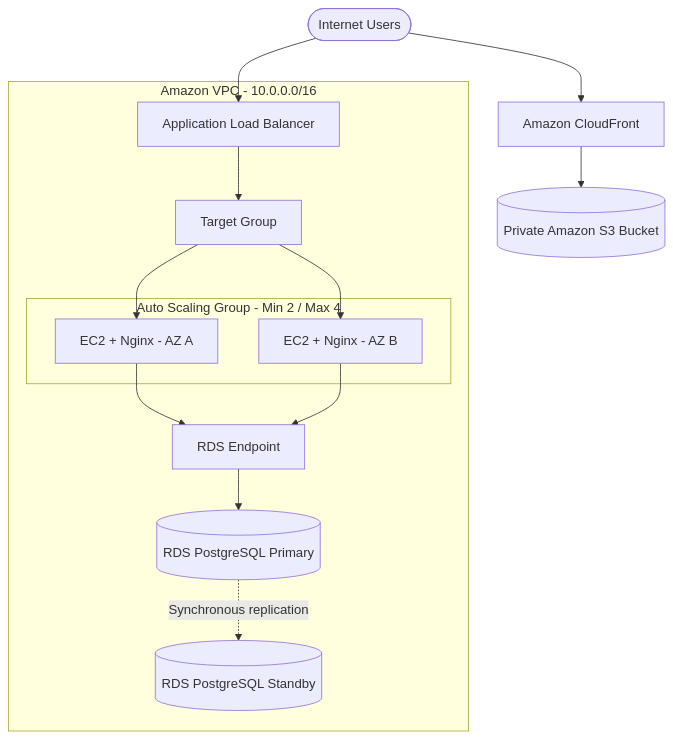
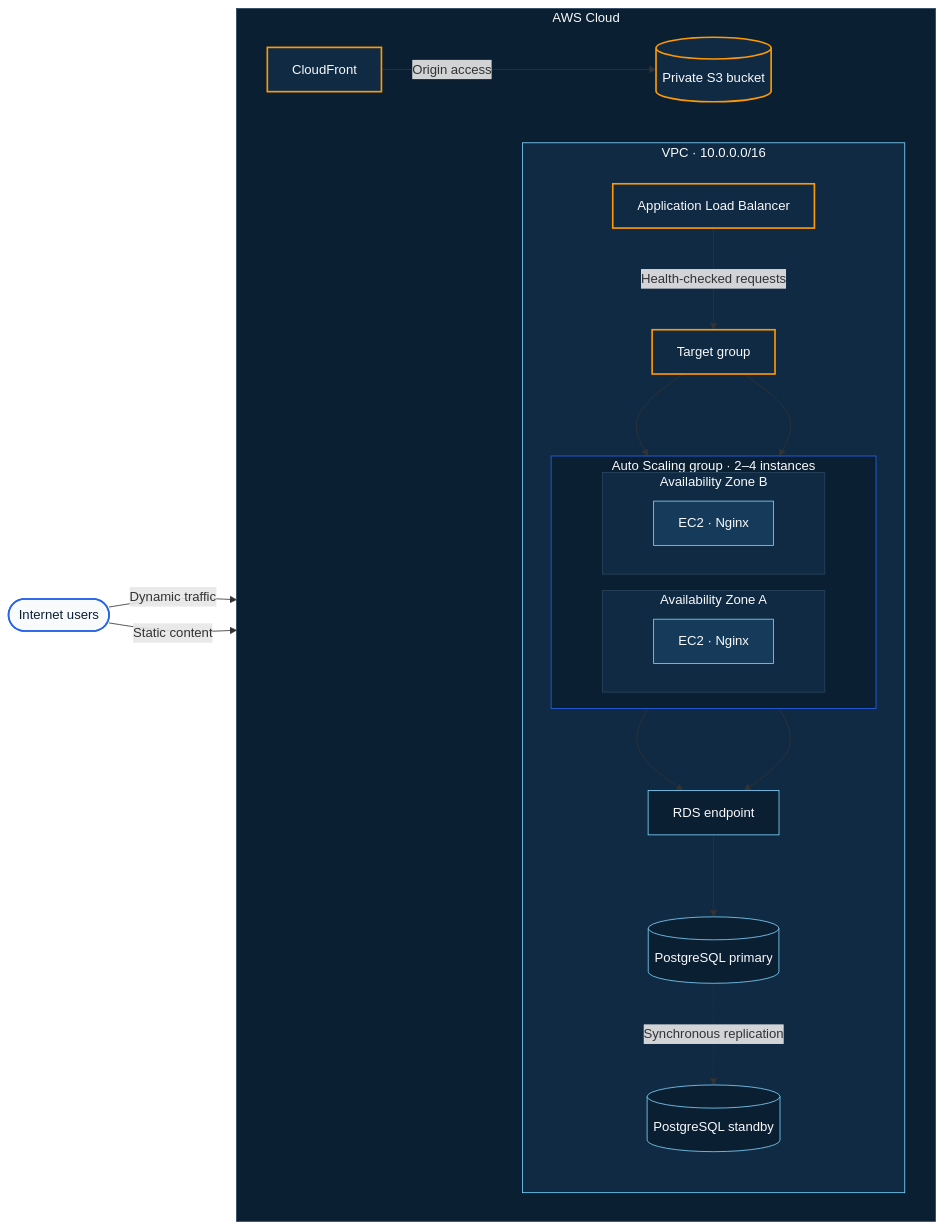
One commit to Agu-nwa/Agu-nwa changed the first of 3 diagrams in README.md. Above: the diagram before and after it, drawn with Mermaid. The commit also changed other lines of this file, not shown here.

Commit message:
Improve portfolio project diagrams

````diff
--- a/README.md
+++ b/README.md
@@ -34,19 +34,54 @@
 ```mermaid
-flowchart TB
-    Users([Internet Users]) --> ALB[Application Load Balancer]
-    Users --> CF[Amazon CloudFront]
-    CF --> S3[(Private Amazon S3 Bucket)]
-    subgraph VPC[Amazon VPC - 10.0.0.0/16]
-        ALB --> TG[Target Group]
-        subgraph ASG[Auto Scaling Group - Min 2 / Max 4]
-            EC2A[EC2 + Nginx - AZ A]
-            EC2B[EC2 + Nginx - AZ B]
+flowchart LR
+    Users([Internet users])
+
+    subgraph AWS["AWS Cloud"]
+        direction LR
+        CF[CloudFront]
+        S3[(Private S3 bucket)]
+
+        subgraph VPC["VPC · 10.0.0.0/16"]
+            direction TB
+            ALB[Application Load Balancer]
+            TG[Target group]
+
+            subgraph ASG["Auto Scaling group · 2–4 instances"]
+                direction LR
+                subgraph AZA["Availability Zone A"]
+                    EC2A[EC2 · Nginx]
+                end
+                subgraph AZB["Availability Zone B"]
+                    EC2B[EC2 · Nginx]
+                end
+            end
+
+            Endpoint[RDS endpoint]
+            Primary[(PostgreSQL primary)]
+            Standby[(PostgreSQL standby)]
         end
-        TG --> EC2A
-        TG --> EC2B
-        EC2A --> Endpoint[RDS Endpoint]
-        EC2B --> Endpoint
-        Endpoint --> Primary[(RDS PostgreSQL Primary)]
-        Primary -. Synchronous replication .-> Standby[(RDS PostgreSQL Standby)]
     end
+
+    Users -->|Dynamic traffic| ALB
+    ALB -->|Health-checked requests| TG
+    TG --> EC2A & EC2B
+    EC2A & EC2B --> Endpoint
+    Endpoint --> Primary
+    Primary -. Synchronous replication .-> Standby
+
+    Users -->|Static content| CF
+    CF -->|Origin access| S3
+
+    classDef external fill:#f8fafc,stroke:#2563eb,color:#0b1f33,stroke-width:2px;
+    classDef aws fill:#102a43,stroke:#ff9900,color:#f8fafc,stroke-width:2px;
+    classDef compute fill:#163a59,stroke:#7dd3fc,color:#f8fafc;
+    classDef data fill:#0b1f33,stroke:#7dd3fc,color:#f8fafc;
+    class Users external;
+    class ALB,TG,CF,S3 aws;
+    class EC2A,EC2B compute;
+    class Endpoint,Primary,Standby data;
+    style AWS fill:#0b1f33,stroke:#29445d,color:#f8fafc
+    style VPC fill:#102a43,stroke:#7dd3fc,color:#f8fafc
+    style ASG fill:#0b1f33,stroke:#2563eb,color:#f8fafc
+    style AZA fill:#102a43,stroke:#29445d,color:#f8fafc
+    style AZB fill:#102a43,stroke:#29445d,color:#f8fafc
 ```
````
